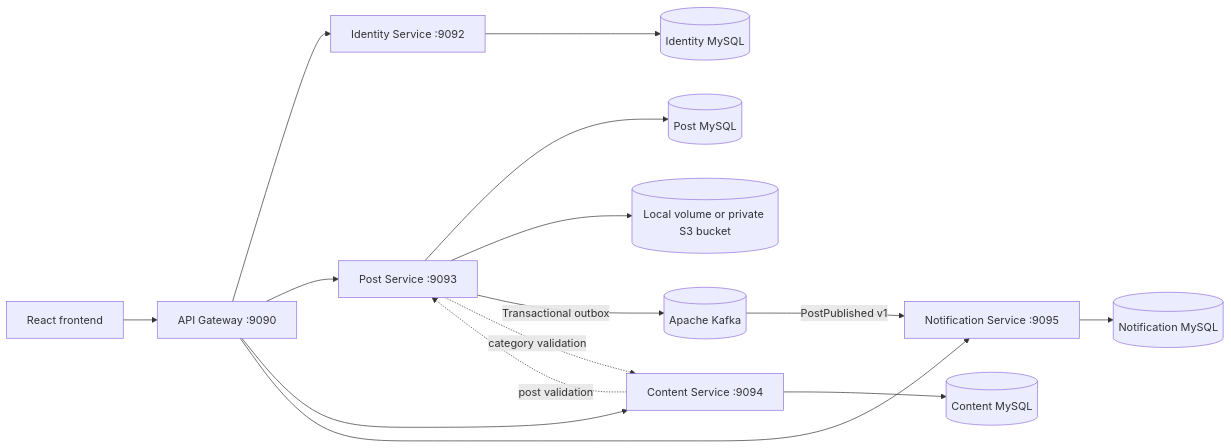
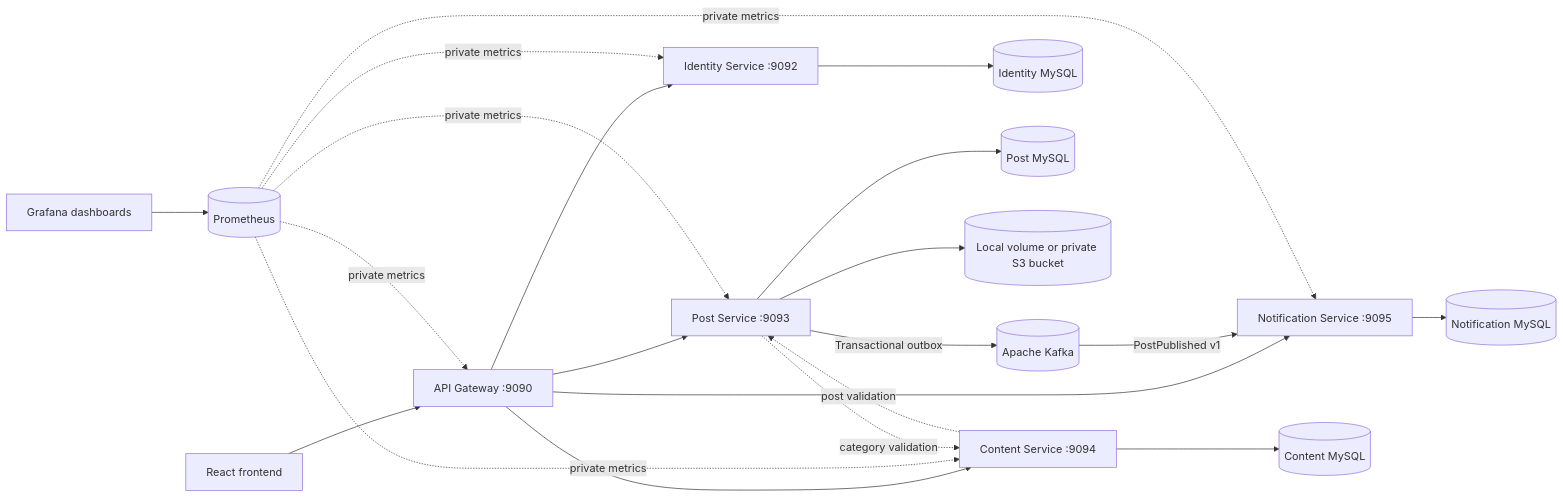
The diagram in README.md (studywithdanish/microservices-backend), drawn with Mermaid before and after one commit. The commit also changed other lines of this file and 22 other files, not shown here.

Commit message:
Complete observability phase 3 with Grafana dashboards

````diff
--- a/README.md
+++ b/README.md
@@ -13,17 +13,23 @@
 ```mermaid
 flowchart LR
     Frontend[React frontend] --> Gateway[API Gateway :9090]
     Gateway --> Identity[Identity Service :9092]
     Gateway --> Post[Post Service :9093]
     Gateway --> Content[Content Service :9094]
     Gateway --> Notification[Notification Service :9095]
     Identity --> IdentityDb[(Identity MySQL)]
     Post --> PostDb[(Post MySQL)]
     Post --> Images[(Local volume or private S3 bucket)]
     Content --> ContentDb[(Content MySQL)]
     Post -->|Transactional outbox| Kafka[(Apache Kafka)]
     Kafka -->|PostPublished v1| Notification
     Notification --> NotificationDb[(Notification MySQL)]
+    Grafana[Grafana dashboards] --> Prometheus[(Prometheus)]
+    Prometheus -. private metrics .-> Gateway
+    Prometheus -. private metrics .-> Identity
+    Prometheus -. private metrics .-> Post
+    Prometheus -. private metrics .-> Content
+    Prometheus -. private metrics .-> Notification
     Post -. category validation .-> Content
     Content -. post validation .-> Post
 ```
````
